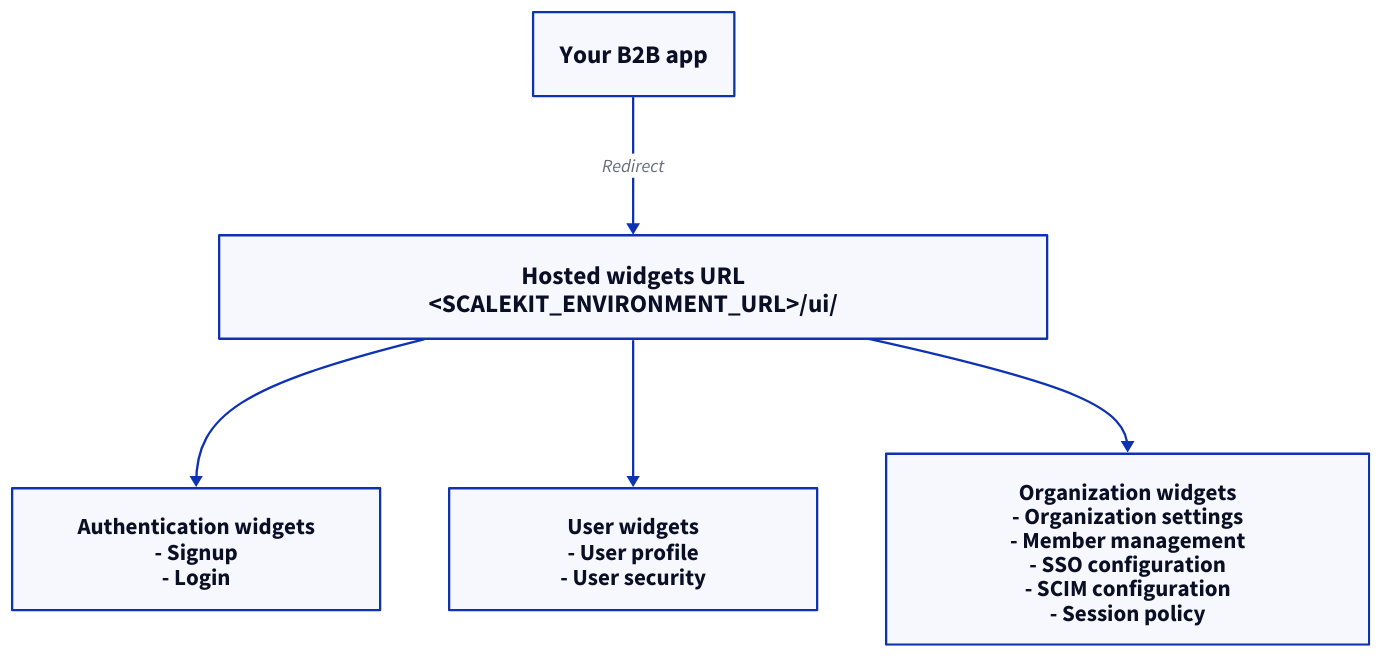
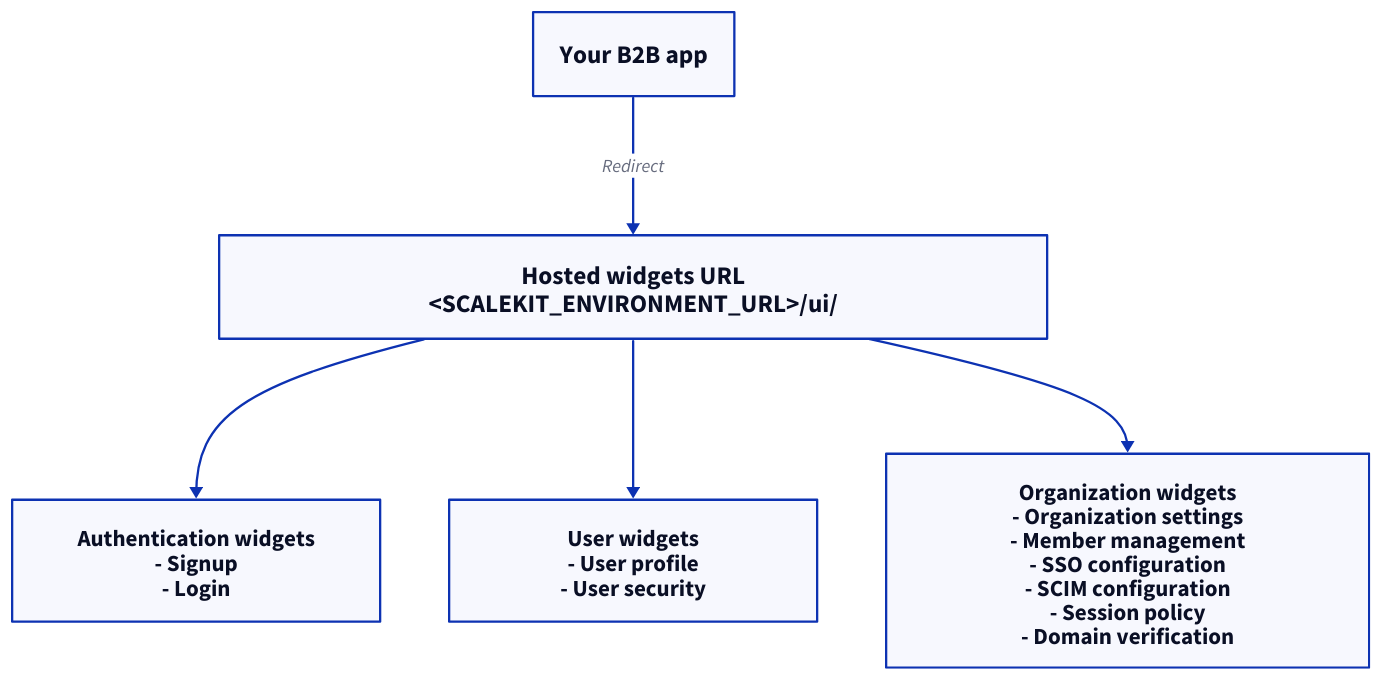
Before and after one commit to scalekit-inc/developer-docs: the diagram in src/content/docs/authenticate/manage-users-orgs/hosted-widgets.mdx, drawn with D2. The commit also changed other lines of this file and 57 other files, not shown here.

First line of the commit message:
docs(domain-verification): add Organization domains page and cross-links

````diff
--- a/src/content/docs/authenticate/manage-users-orgs/hosted-widgets.mdx
+++ b/src/content/docs/authenticate/manage-users-orgs/hosted-widgets.mdx
@@ -23,32 +23,32 @@
 ```d2 pad=56 layout=elk
 direction: down
 
 your_app: "Your B2B app" {
   style.font-size: 22
 }
 
 hosted: "Hosted widgets URL\n<SCALEKIT_ENVIRONMENT_URL>/ui/" {
   style.font-size: 22
   width: 720
 }
 
 auth_widgets: "Authentication widgets\n- Signup\n- Login" {
   style.font-size: 20
   width: 320
 }
 
 user_widgets: "User widgets\n- User profile\n- User security" {
   style.font-size: 20
   width: 320
 }
 
-org_widgets: "Organization widgets\n- Organization settings\n- Member management\n- SSO configuration\n- SCIM configuration\n- Session policy" {
+org_widgets: "Organization widgets\n- Organization settings\n- Member management\n- SSO configuration\n- SCIM configuration\n- Session policy\n- Domain verification" {
   style.font-size: 20
   width: 420
 }
 
 your_app -> hosted: "Redirect"
 hosted -> auth_widgets
 hosted -> user_widgets
 hosted -> org_widgets
 ```
````
